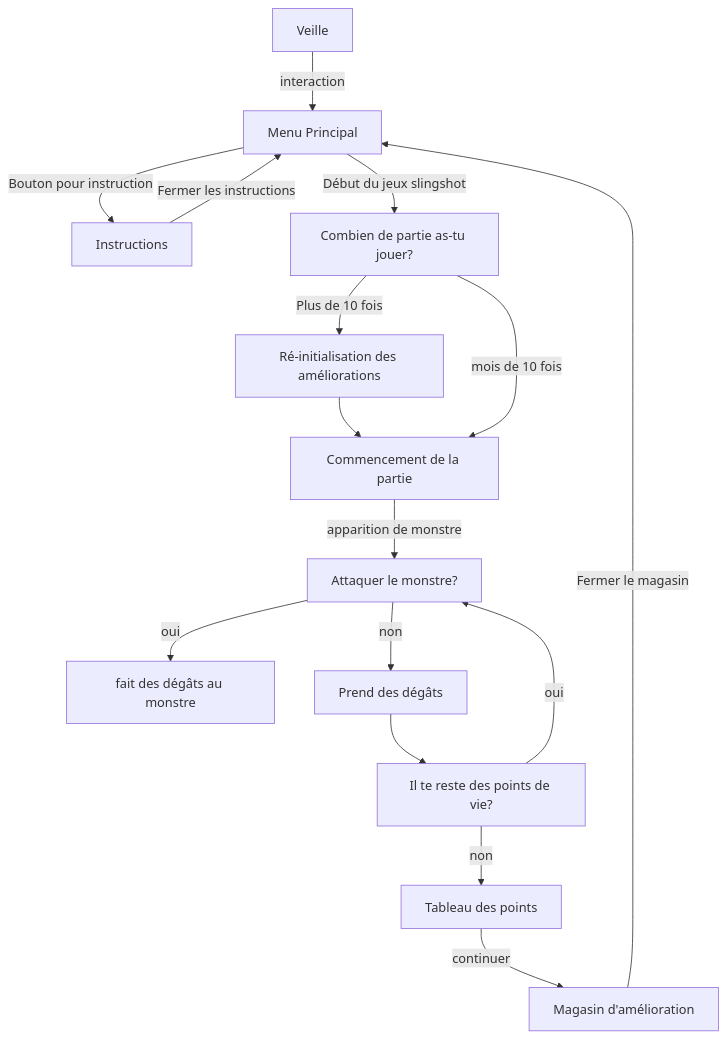
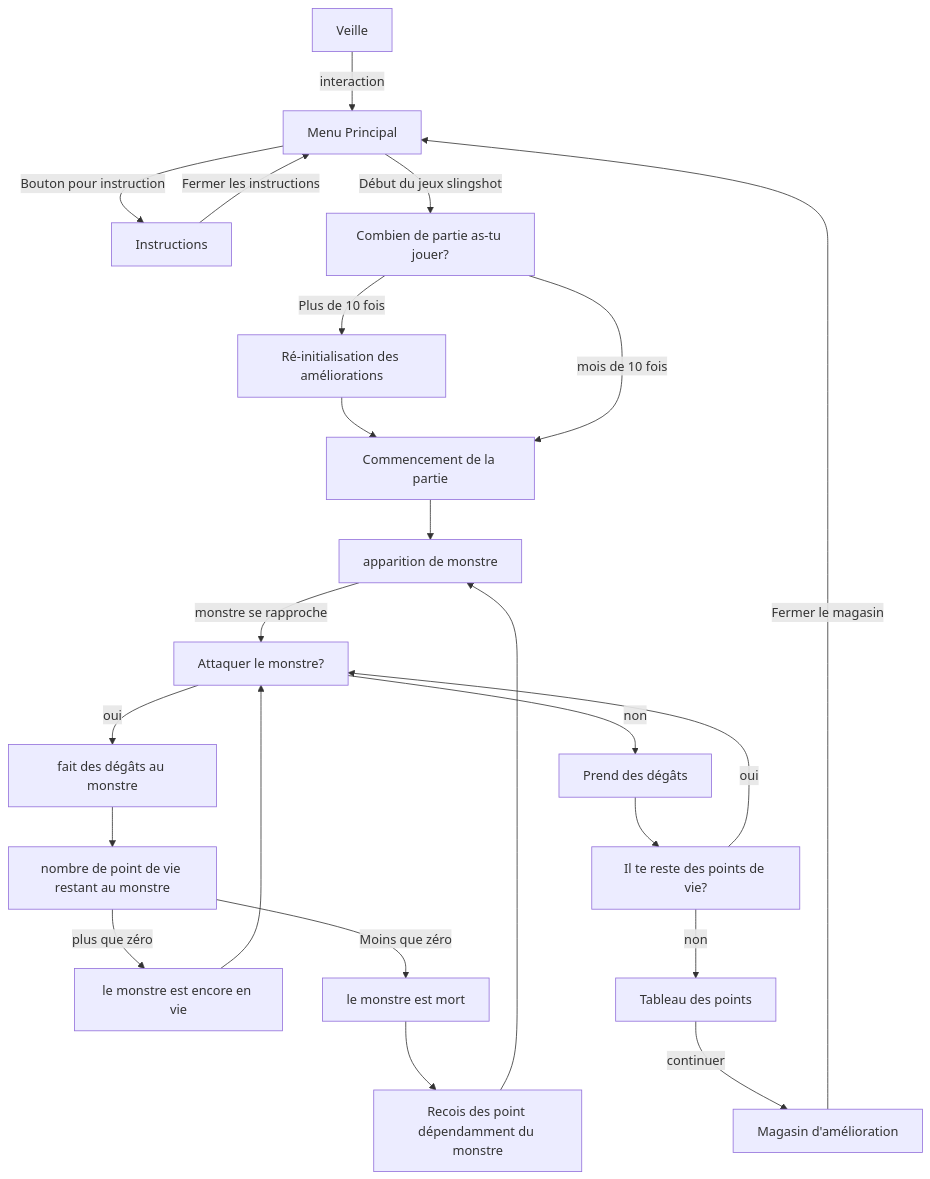
One commit to sideking/Game-of-FUN changed the diagram in README.md. Above: the diagram before and after it, drawn with Mermaid.

````diff
--- a/README.md
+++ b/README.md
@@ -1,18 +1,32 @@
 ```mermaid
 	flowchart TD
 	Veille[Veille] --> |interaction| MainMenu[Menu Principal]
 	MainMenu --> |Bouton pour instruction| Instructions[Instructions]
 	Instructions --> |Fermer les instructions| MainMenu
 	MainMenu --> |Début du jeux slingshot| GameCounter[Combien de partie as-tu jouer?]
 	GameCounter --> |Plus de 10 fois| ResetGame[Ré-initialisation des améliorations]
 	ResetGame --> DébutJeux
 	GameCounter --> |mois de 10 fois| DébutJeux[Commencement de la partie]
-	DébutJeux --> |apparition de monstre| AttackMonster[Attaquer le monstre?]
+
+	DébutJeux --> SpawnMonster[apparition de monstre]
+	SpawnMonster --> |monstre se rapproche| AttackMonster[Attaquer le monstre?]
+
 	AttackMonster --> |oui| DamageMonster[fait des dégâts au monstre]
+	DamageMonster --> MonsterHP[nombre de point de vie restant au monstre]
+	MonsterHP --> |plus que zéro| MonsterAlive[le monstre est encore en vie]
+	MonsterHP --> |Moins que zéro| MonsterDead[le monstre est mort]
+	MonsterAlive --> AttackMonster
+	MonsterDead --> GetPoint[Recois des point dépendamment du monstre]
+	GetPoint --> SpawnMonster
+	
+
 	AttackMonster --> |non| TakeDamage[Prend des dégâts]
 	TakeDamage --> HPStatus[Il te reste des points de vie?]
 	HPStatus --> |oui| AttackMonster
 	HPStatus --> |non| ScoreBoard[Tableau des points]
+
 	ScoreBoard --> |continuer| RogueLikeShop[Magasin d'amélioration]
 	RogueLikeShop --> |Fermer le magasin| MainMenu
+
+	
 ```
````
